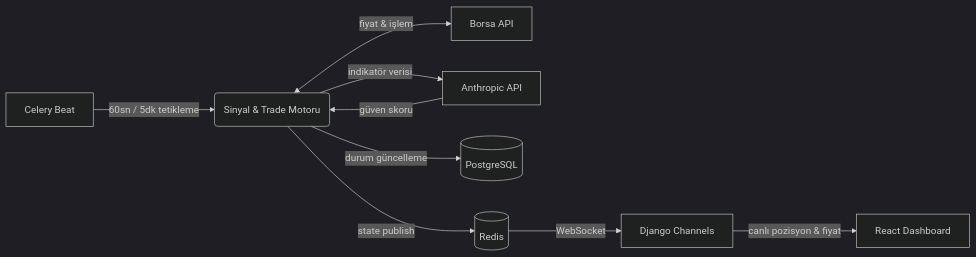
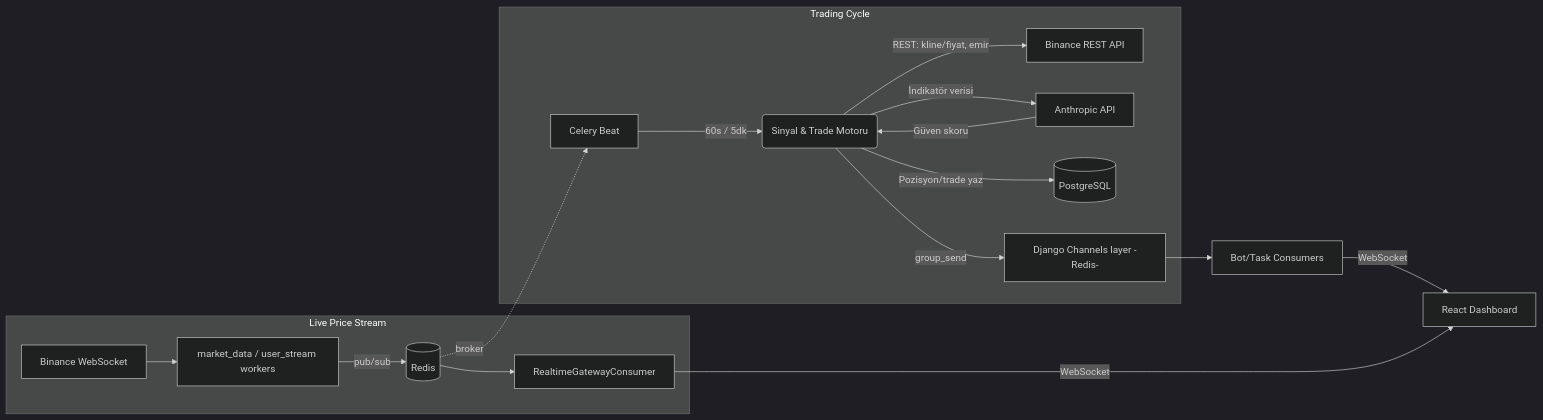
The fourth of 4 diagrams in README.md (colonel51/colonel51), drawn with Mermaid (dark theme) before and after one commit. The commit also changed other lines of this file, not shown here.

Commit message:
Replace flagship diagrams with more detailed architecture flows (auth, cache/session DBs, dual notification paths)

````diff
--- a/README.md
+++ b/README.md
@@ -221,11 +283,23 @@
 ```mermaid
 graph LR
-    Beat[Celery Beat] -->|60sn / 5dk tetikleme| Engine(Sinyal & Trade Motoru)
-    Engine <-->|fiyat & işlem| Binance[Borsa API]
-    Engine -->|indikatör verisi| AI[Anthropic API]
-    AI -->|güven skoru| Engine
-    Engine -->|durum güncelleme| DB[(PostgreSQL)]
-    Engine -->|state publish| Redis[(Redis)]
-    Redis -->|WebSocket| Channels[Django Channels]
-    Channels -->|canlı pozisyon & fiyat| React[React Dashboard]
+    subgraph Trading Cycle
+    Beat[Celery Beat] -->|60s / 5dk| Engine(Sinyal & Trade Motoru)
+    Engine -->|REST: kline/fiyat, emir| BinanceREST[Binance REST API]
+    Engine -->|İndikatör verisi| AI[Anthropic API]
+    AI -->|Güven skoru| Engine
+    Engine -->|Pozisyon/trade yaz| DB[(PostgreSQL)]
+    Engine -->|group_send| ChannelLayer
+    end
+
+    subgraph Live Price Stream
+    BinanceWS[Binance WebSocket] --> MDWorker[market_data / user_stream workers]
+    MDWorker -->|pub/sub| Redis[(Redis)]
+    Redis --> GatewayConsumer[RealtimeGatewayConsumer]
+    end
+
+    ChannelLayer[Django Channels layer -Redis-] --> Consumers[Bot/Task Consumers]
+    Consumers -->|WebSocket| React[React Dashboard]
+    GatewayConsumer -->|WebSocket| React
+
+    Redis -.->|broker| Beat
 ```
````
